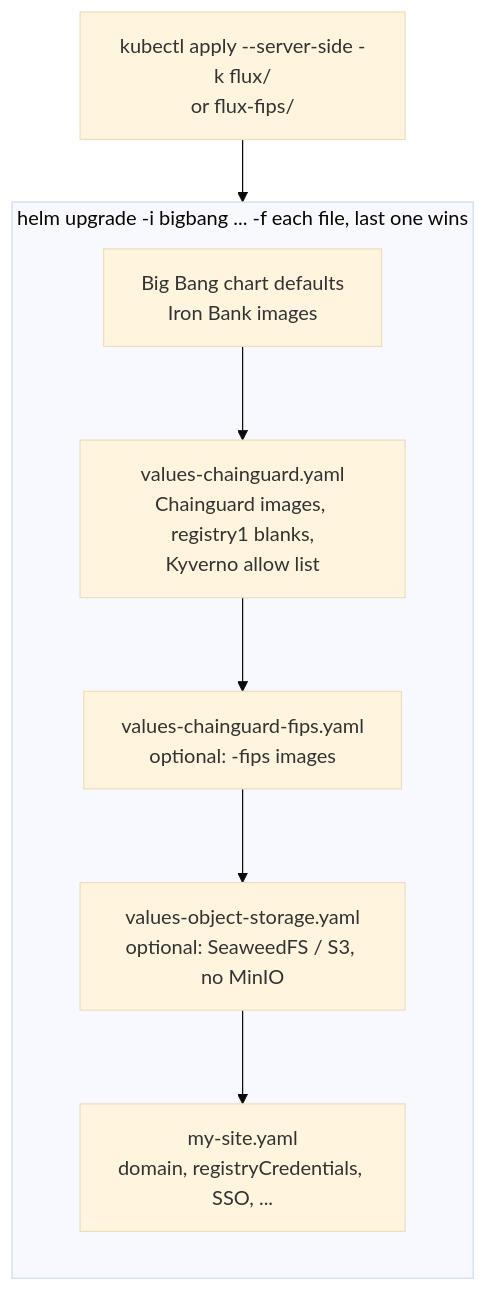
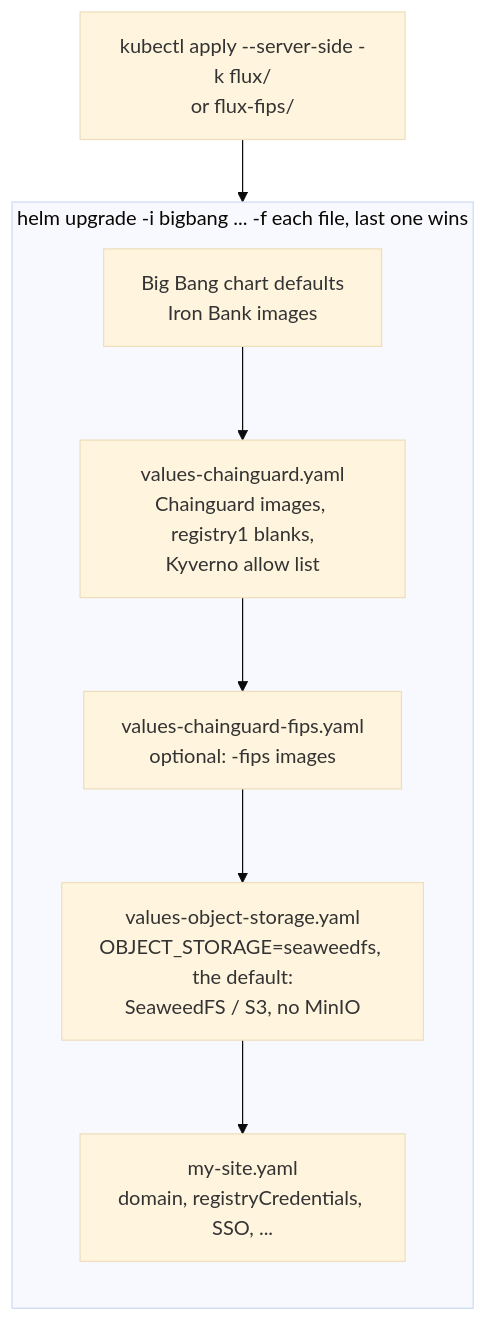
One commit to Zapata-Technology/bigbang-chainguard changed the fourth of 7 diagrams in docs/architecture.md. Above: the diagram before and after it, drawn with Mermaid (base theme). The commit also changed other lines of this file and 22 other files, not shown here.

First line of the commit message:
feat: OBJECT_STORAGE switch, SeaweedFS by default; GitLab Rails on one patch

````diff
--- a/docs/architecture.md
+++ b/docs/architecture.md
@@ -100,11 +100,11 @@
 ```mermaid
 flowchart TB
     subgraph helm[helm upgrade -i bigbang ... -f each file, last one wins]
         direction TB
         U[Big Bang chart defaults<br/>Iron Bank images] --> O1[values-chainguard.yaml<br/>Chainguard images, registry1 blanks,<br/>Kyverno allow list]
         O1 --> O2[values-chainguard-fips.yaml<br/>optional: -fips images]
-        O2 --> O3[values-object-storage.yaml<br/>optional: SeaweedFS / S3, no MinIO]
+        O2 --> O3[values-object-storage.yaml<br/>OBJECT_STORAGE=seaweedfs, the default:<br/>SeaweedFS / S3, no MinIO]
         O3 --> O4[my-site.yaml<br/>domain, registryCredentials, SSO, ...]
     end
     FL[kubectl apply --server-side -k flux/<br/>or flux-fips/] --> helm
 ```
````
